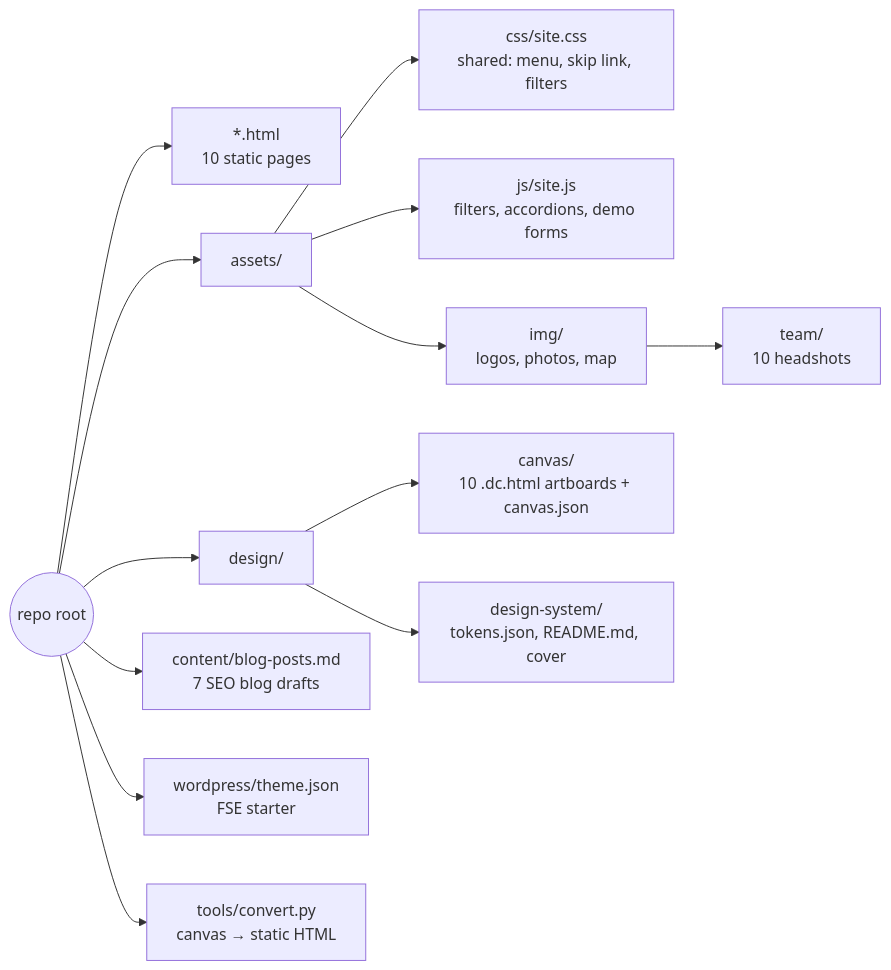
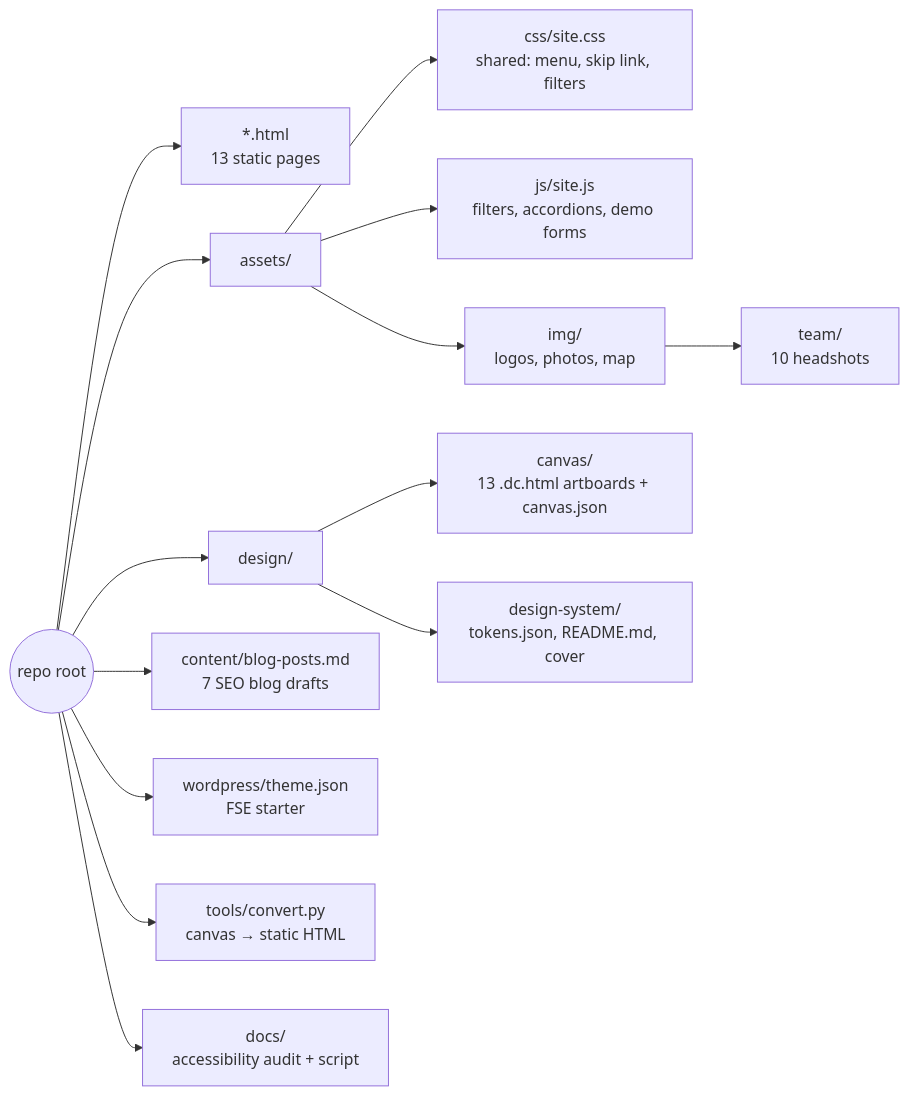
Before and after one commit to CptNope/Alpha-Preclinical: the third of 8 diagrams in README.md, drawn with Mermaid. The commit also changed other lines of this file and 32 other files, not shown here.

First line of the commit message:
WCAG 2.1 AA audit fixes; add Privacy, Terms and Accessibility pages

````diff
--- a/README.md
+++ b/README.md
@@ -120,15 +125,16 @@
 ```mermaid
 flowchart LR
-    R(("repo root")) --> P["*.html<br/>10 static pages"]
+    R(("repo root")) --> P["*.html<br/>13 static pages"]
     R --> AS["assets/"]
     AS --> CSS["css/site.css<br/>shared: menu, skip link, filters"]
     AS --> JS["js/site.js<br/>filters, accordions, demo forms"]
     AS --> IMG["img/<br/>logos, photos, map"]
     IMG --> TEAM["team/<br/>10 headshots"]
     R --> DS["design/"]
-    DS --> CV["canvas/<br/>10 .dc.html artboards + canvas.json"]
+    DS --> CV["canvas/<br/>13 .dc.html artboards + canvas.json"]
     DS --> SYS["design-system/<br/>tokens.json, README.md, cover"]
     R --> CT["content/blog-posts.md<br/>7 SEO blog drafts"]
     R --> WP["wordpress/theme.json<br/>FSE starter"]
     R --> TL["tools/convert.py<br/>canvas → static HTML"]
+    R --> DC["docs/<br/>accessibility audit + script"]
 ```
````
